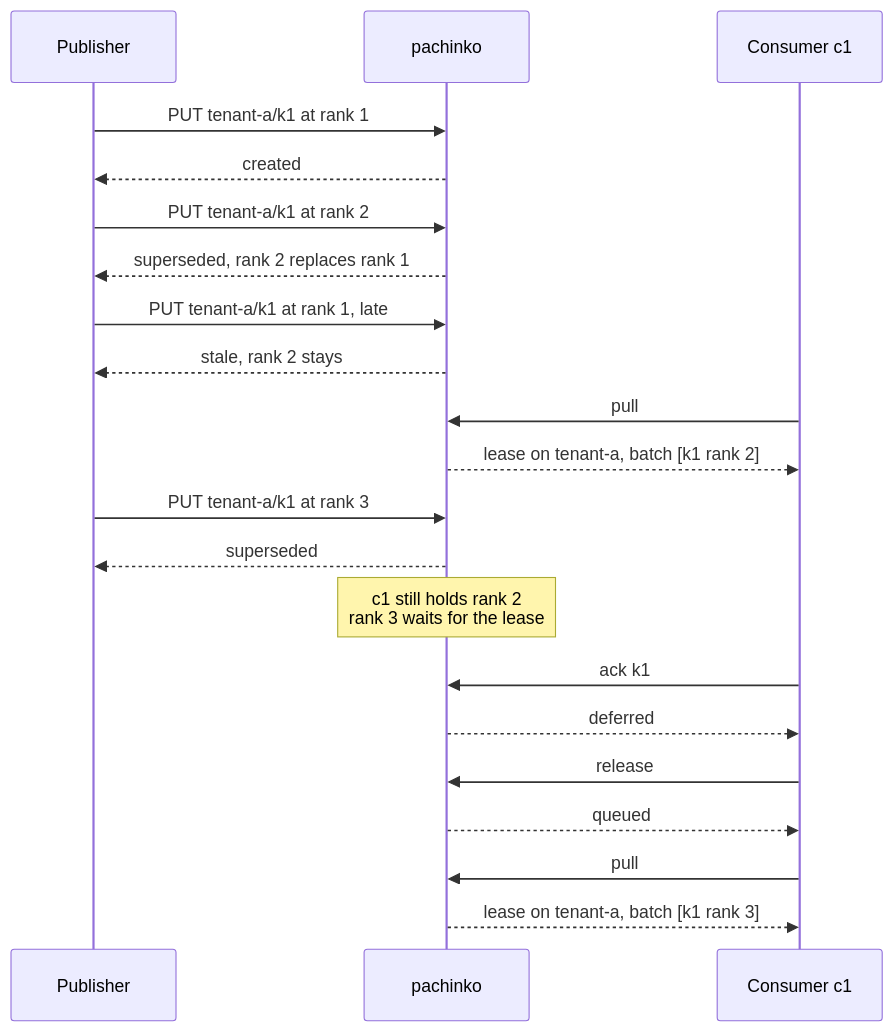
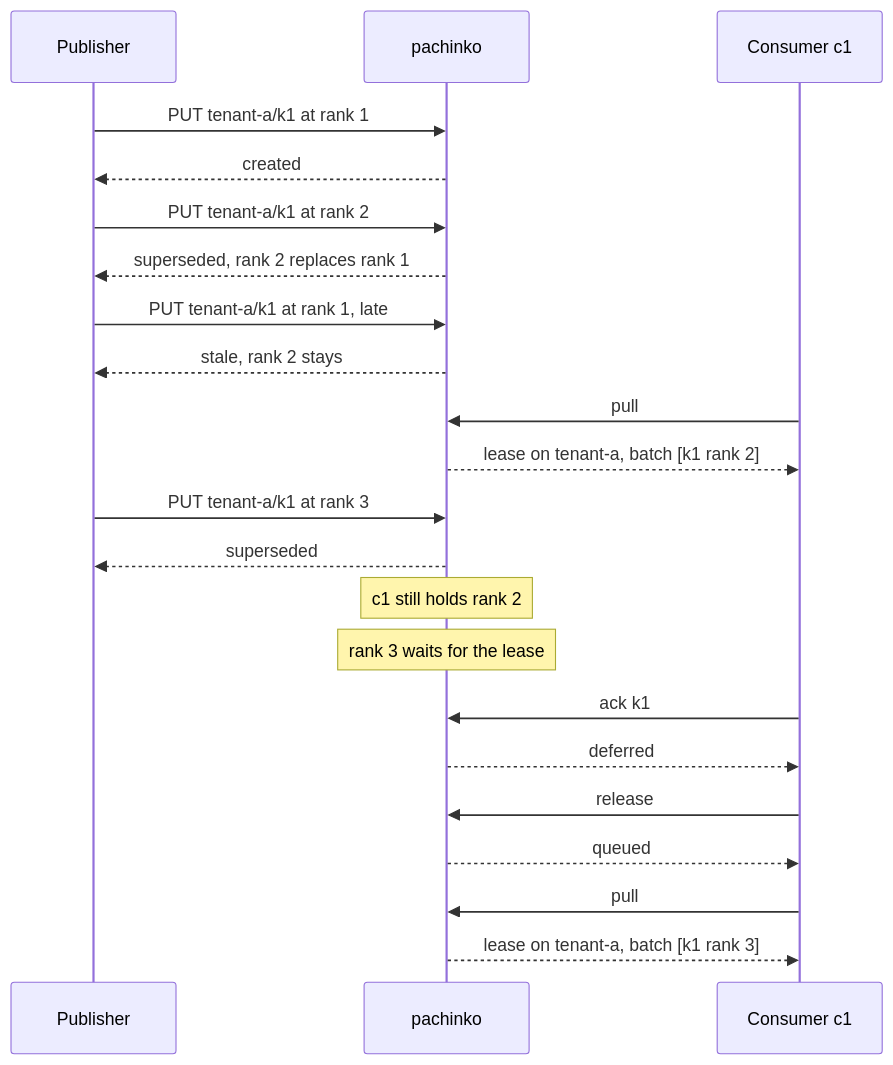
One commit to BiscuitBin/pachinko changed the fourth of 4 diagrams in README.md. Above: the diagram before and after it, drawn with Mermaid. The commit also changed other lines of this file, not shown here.

````diff
--- a/README.md
+++ b/README.md
@@ -81,23 +82,24 @@
 ```mermaid
 sequenceDiagram
     participant P as Publisher
     participant Q as pachinko
     participant C1 as Consumer c1
     P->>Q: PUT tenant-a/k1 at rank 1
     Q-->>P: created
     P->>Q: PUT tenant-a/k1 at rank 2
     Q-->>P: superseded, rank 2 replaces rank 1
     P->>Q: PUT tenant-a/k1 at rank 1, late
     Q-->>P: stale, rank 2 stays
     C1->>Q: pull
     Q-->>C1: lease on tenant-a, batch [k1 rank 2]
     P->>Q: PUT tenant-a/k1 at rank 3
     Q-->>P: superseded
-    Note over Q: c1 still holds rank 2<br/>rank 3 waits for the lease
+    Note over Q: c1 still holds rank 2
+    Note over Q: rank 3 waits for the lease
     C1->>Q: ack k1
     Q-->>C1: deferred
     C1->>Q: release
     Q-->>C1: queued
     C1->>Q: pull
     Q-->>C1: lease on tenant-a, batch [k1 rank 3]
 ```
````
